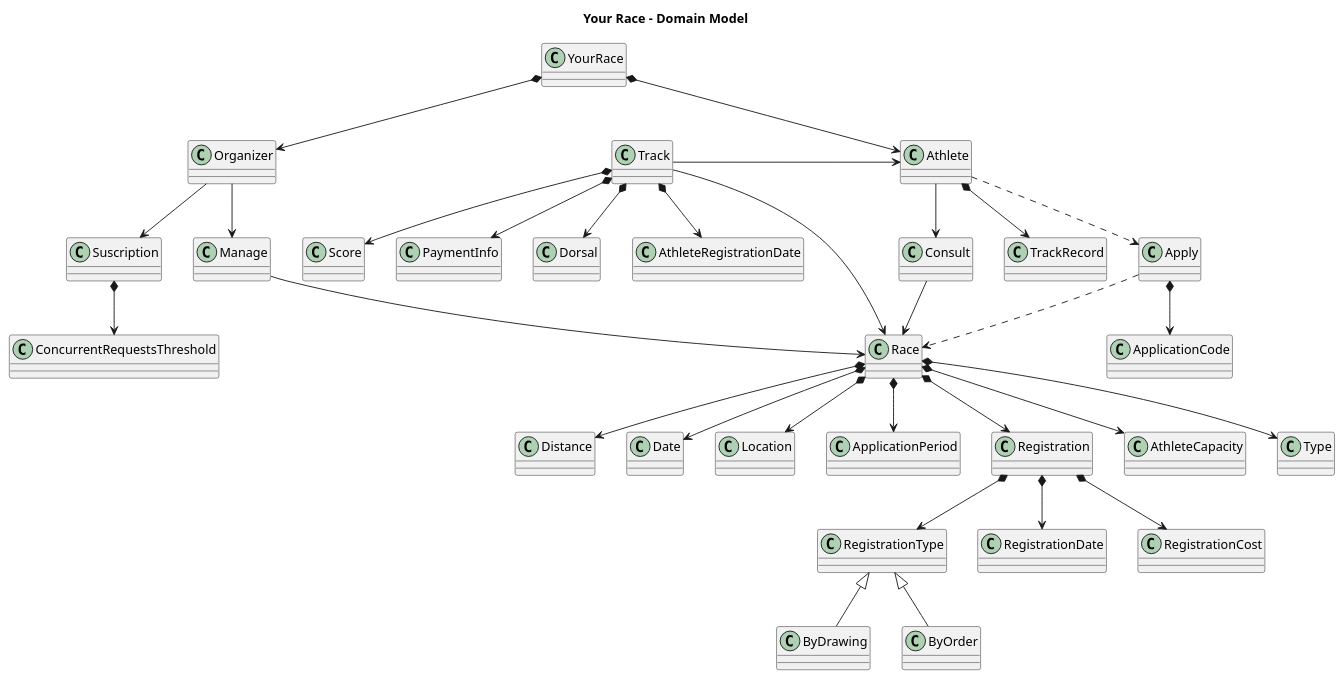
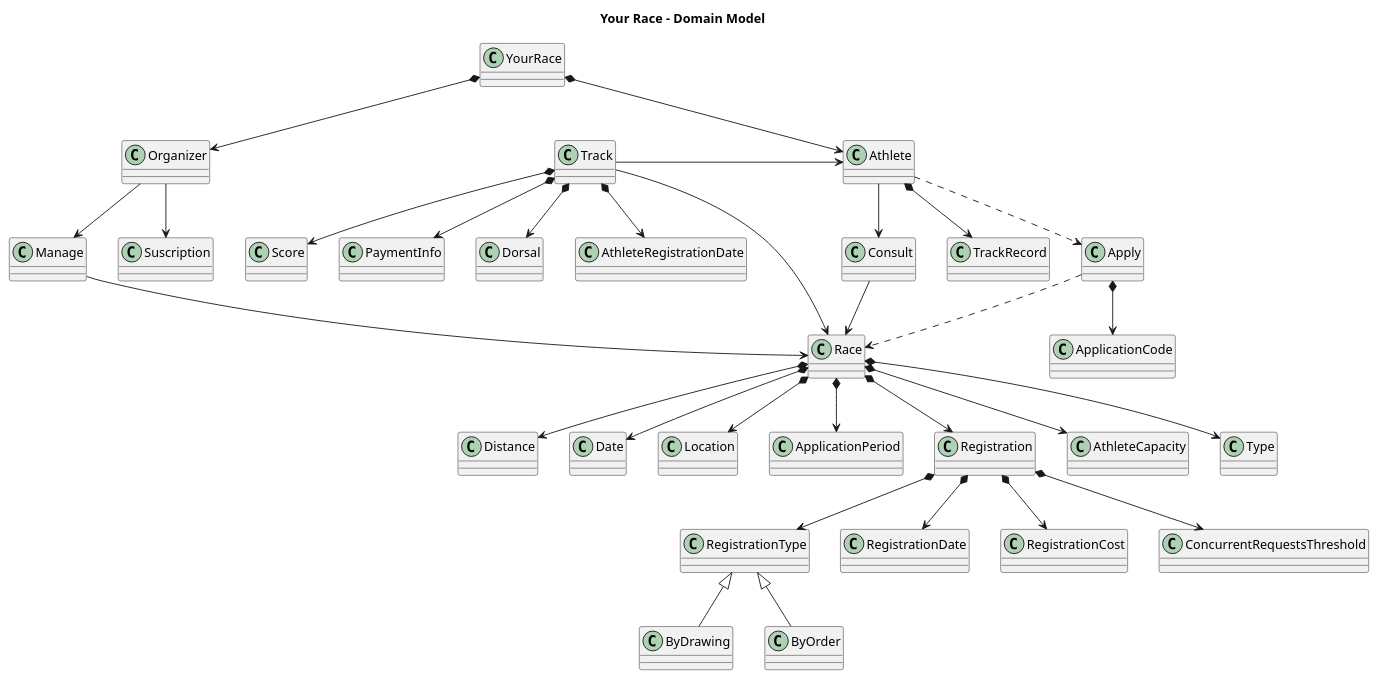
The diagram in docs/plantuml/DomainModel.plantuml (MasterCloudApps-Projects/your-race), drawn with PlantUML before and after one commit. The commit also changed 1 other file, not shown here.

Commit message:
Añade ConcurrentRequestsThreshold a Race

```diff
--- a/docs/plantuml/DomainModel.plantuml
+++ b/docs/plantuml/DomainModel.plantuml
@@ -1,70 +1,71 @@
 @startuml
 title Your Race - Domain Model
 
 class YourRace
 class Athlete
 class Organizer
 class Race
 class Track
 class Distance
 class Date
 class Location
 class Consult
 class Manage
 class Apply
 class Score
 class PaymentInfo
 class Dorsal
 class ApplicationPeriod
 class TrackRecord
 class Suscription
 class Registration
 
 YourRace *--> Athlete
 YourRace *--> Organizer
 
 Organizer --> Manage
 
 Athlete ..> Apply
 Athlete --> Consult
 Athlete *--> TrackRecord
 
 Apply *--> ApplicationCode
 
 Apply ..> Race
 
 Consult --> Race
 
 Manage --> Race
 
 
 Race *--> Distance
 Race *--> AthleteCapacity
 Race *--> Date
 Race *--> Location
 Race *--> Type
 Race *--> ApplicationPeriod
 Race *--> Registration
 
 
 
 Track -right-> Race 
 Track -right-> Athlete 
 Track *--> AthleteRegistrationDate
 Track *--> Dorsal
 Track *--> PaymentInfo
 Track *--> Score
 
 Registration *--> RegistrationType
 Registration *--> RegistrationDate
 Registration *--> RegistrationCost
+Registration *--> ConcurrentRequestsThreshold
 
 RegistrationType <|-- ByDrawing
 RegistrationType <|-- ByOrder
 
 
 Organizer --> Suscription
-Suscription *--> ConcurrentRequestsThreshold
+
 
 
 @enduml
```
